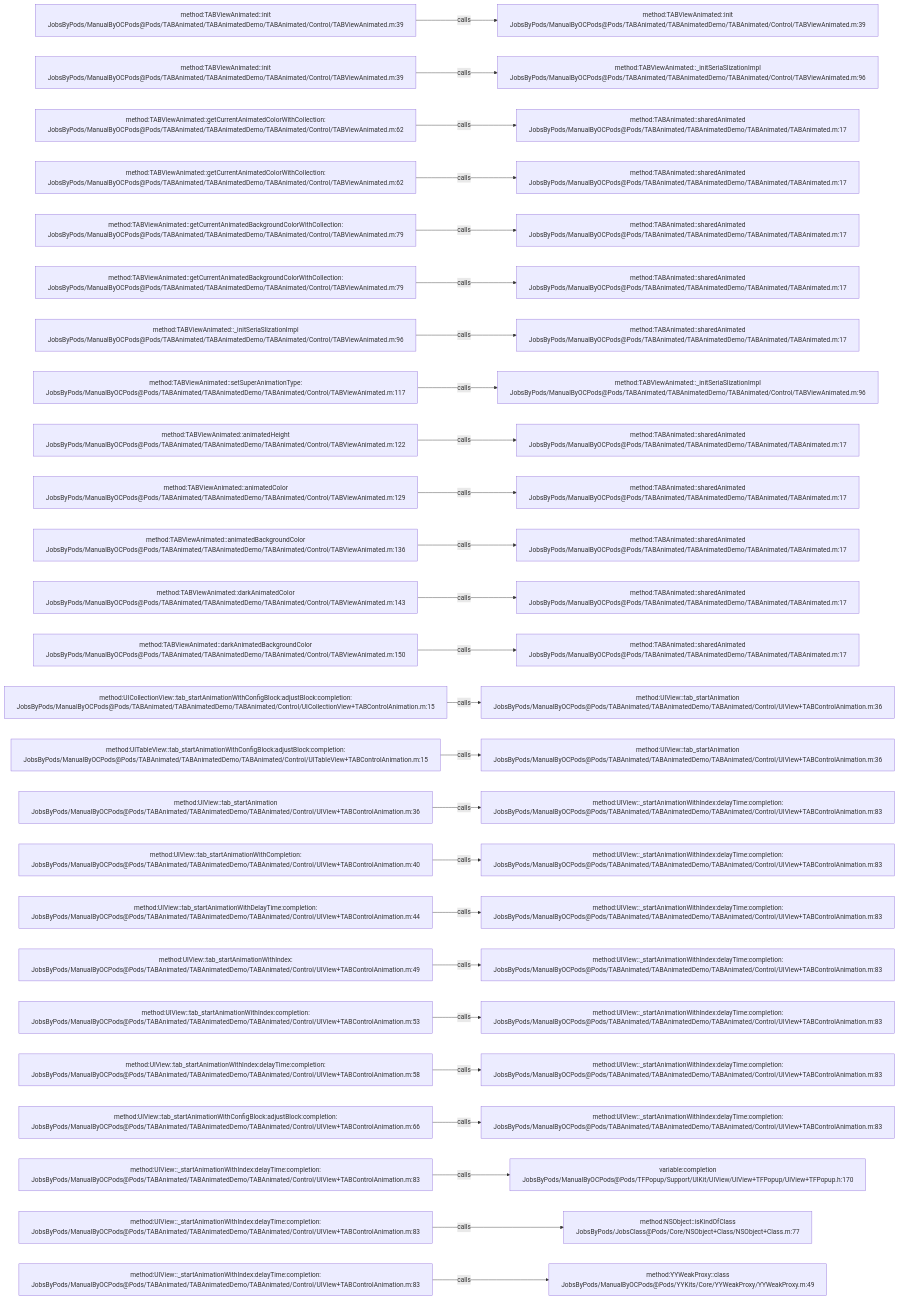
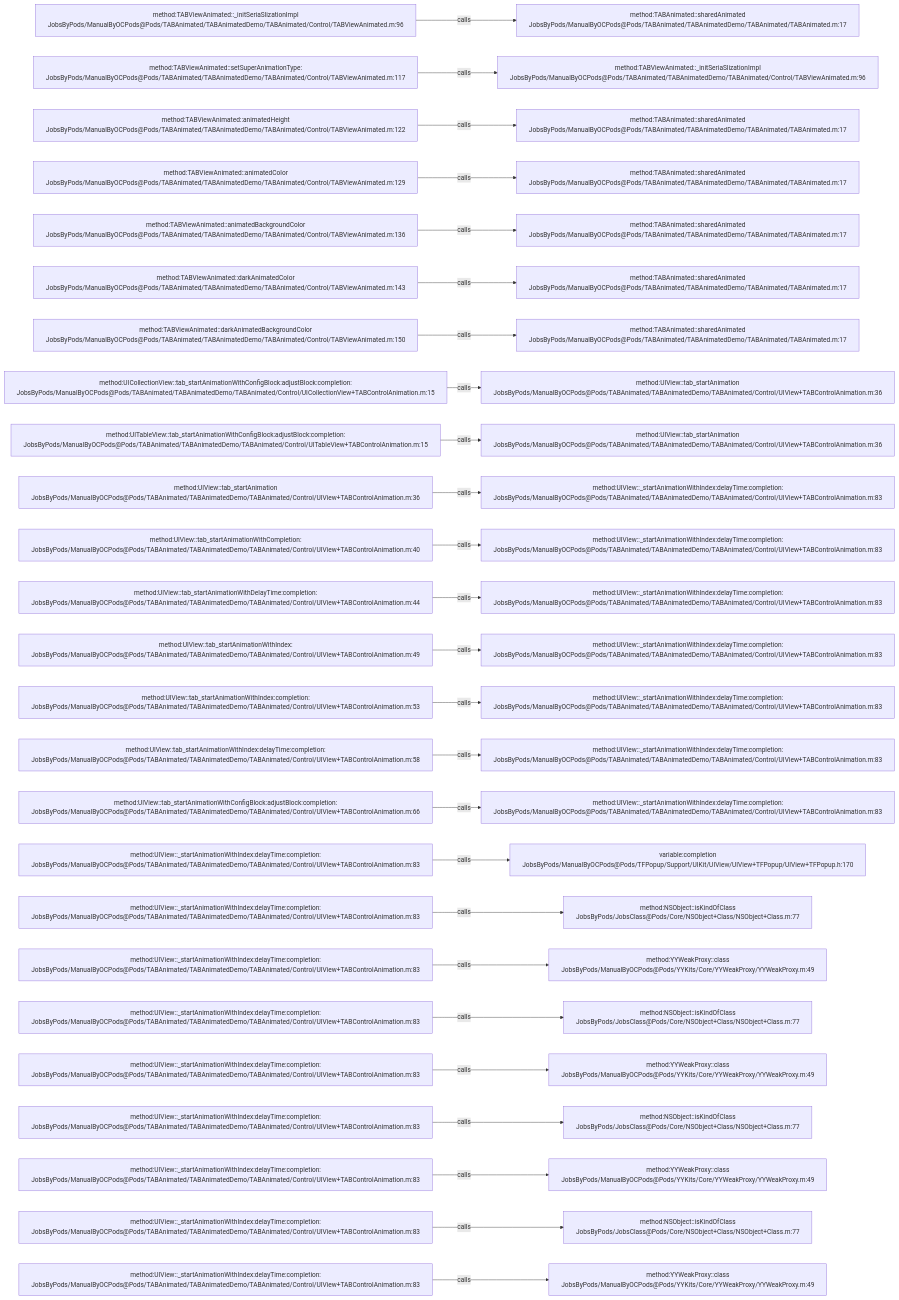
The diagram in .codegraph/codegraph.md/graphs/calls-018.md (JobsKits/JobsOCBaseConfigDemo), drawn with Mermaid before and after one commit. The commit also changed 666 other files, not shown here.

````diff
--- a/.codegraph/codegraph.md/graphs/calls-018.md
+++ b/.codegraph/codegraph.md/graphs/calls-018.md
@@ -13,78 +13,78 @@
 ```mermaid
 flowchart LR
-  S1["method:TABViewAnimated::init<br/>JobsByPods/ManualByOCPods@Pods/TABAnimated/TABAnimatedDemo/TABAnimated/Control/TABViewAnimated.m:39"]
-  T1["method:TABViewAnimated::init<br/>JobsByPods/ManualByOCPods@Pods/TABAnimated/TABAnimatedDemo/TABAnimated/Control/TABViewAnimated.m:39"]
+  S1["method:TABViewAnimated::_initSeriaSlizationImpl<br/>JobsByPods/ManualByOCPods@Pods/TABAnimated/TABAnimatedDemo/TABAnimated/Control/TABViewAnimated.m:96"]
+  T1["method:TABAnimated::sharedAnimated<br/>JobsByPods/ManualByOCPods@Pods/TABAnimated/TABAnimatedDemo/TABAnimated/TABAnimated.m:17"]
   S1 -->|calls| T1
-  S2["method:TABViewAnimated::init<br/>JobsByPods/ManualByOCPods@Pods/TABAnimated/TABAnimatedDemo/TABAnimated/Control/TABViewAnimated.m:39"]
+  S2["method:TABViewAnimated::setSuperAnimationType:<br/>JobsByPods/ManualByOCPods@Pods/TABAnimated/TABAnimatedDemo/TABAnimated/Control/TABViewAnimated.m:117"]
   T2["method:TABViewAnimated::_initSeriaSlizationImpl<br/>JobsByPods/ManualByOCPods@Pods/TABAnimated/TABAnimatedDemo/TABAnimated/Control/TABViewAnimated.m:96"]
   S2 -->|calls| T2
-  S3["method:TABViewAnimated::getCurrentAnimatedColorWithCollection:<br/>JobsByPods/ManualByOCPods@Pods/TABAnimated/TABAnimatedDemo/TABAnimated/Control/TABViewAnimated.m:62"]
+  S3["method:TABViewAnimated::animatedHeight<br/>JobsByPods/ManualByOCPods@Pods/TABAnimated/TABAnimatedDemo/TABAnimated/Control/TABViewAnimated.m:122"]
   T3["method:TABAnimated::sharedAnimated<br/>JobsByPods/ManualByOCPods@Pods/TABAnimated/TABAnimatedDemo/TABAnimated/TABAnimated.m:17"]
   S3 -->|calls| T3
-  S4["method:TABViewAnimated::getCurrentAnimatedColorWithCollection:<br/>JobsByPods/ManualByOCPods@Pods/TABAnimated/TABAnimatedDemo/TABAnimated/Control/TABViewAnimated.m:62"]
+  S4["method:TABViewAnimated::animatedColor<br/>JobsByPods/ManualByOCPods@Pods/TABAnimated/TABAnimatedDemo/TABAnimated/Control/TABViewAnimated.m:129"]
   T4["method:TABAnimated::sharedAnimated<br/>JobsByPods/ManualByOCPods@Pods/TABAnimated/TABAnimatedDemo/TABAnimated/TABAnimated.m:17"]
   S4 -->|calls| T4
-  S5["method:TABViewAnimated::getCurrentAnimatedBackgroundColorWithCollection:<br/>JobsByPods/ManualByOCPods@Pods/TABAnimated/TABAnimatedDemo/TABAnimated/Control/TABViewAnimated.m:79"]
+  S5["method:TABViewAnimated::animatedBackgroundColor<br/>JobsByPods/ManualByOCPods@Pods/TABAnimated/TABAnimatedDemo/TABAnimated/Control/TABViewAnimated.m:136"]
   T5["method:TABAnimated::sharedAnimated<br/>JobsByPods/ManualByOCPods@Pods/TABAnimated/TABAnimatedDemo/TABAnimated/TABAnimated.m:17"]
   S5 -->|calls| T5
-  S6["method:TABViewAnimated::getCurrentAnimatedBackgroundColorWithCollection:<br/>JobsByPods/ManualByOCPods@Pods/TABAnimated/TABAnimatedDemo/TABAnimated/Control/TABViewAnimated.m:79"]
+  S6["method:TABViewAnimated::darkAnimatedColor<br/>JobsByPods/ManualByOCPods@Pods/TABAnimated/TABAnimatedDemo/TABAnimated/Control/TABViewAnimated.m:143"]
   T6["method:TABAnimated::sharedAnimated<br/>JobsByPods/ManualByOCPods@Pods/TABAnimated/TABAnimatedDemo/TABAnimated/TABAnimated.m:17"]
   S6 -->|calls| T6
-  S7["method:TABViewAnimated::_initSeriaSlizationImpl<br/>JobsByPods/ManualByOCPods@Pods/TABAnimated/TABAnimatedDemo/TABAnimated/Control/TABViewAnimated.m:96"]
+  S7["method:TABViewAnimated::darkAnimatedBackgroundColor<br/>JobsByPods/ManualByOCPods@Pods/TABAnimated/TABAnimatedDemo/TABAnimated/Control/TABViewAnimated.m:150"]
   T7["method:TABAnimated::sharedAnimated<br/>JobsByPods/ManualByOCPods@Pods/TABAnimated/TABAnimatedDemo/TABAnimated/TABAnimated.m:17"]
   S7 -->|calls| T7
-  S8["method:TABViewAnimated::setSuperAnimationType:<br/>JobsByPods/ManualByOCPods@Pods/TABAnimated/TABAnimatedDemo/TABAnimated/Control/TABViewAnimated.m:117"]
-  T8["method:TABViewAnimated::_initSeriaSlizationImpl<br/>JobsByPods/ManualByOCPods@Pods/TABAnimated/TABAnimatedDemo/TABAnimated/Control/TABViewAnimated.m:96"]
+  S8["method:UICollectionView::tab_startAnimationWithConfigBlock:adjustBlock:completion:<br/>JobsByPods/ManualByOCPods@Pods/TABAnimated/TABAnimatedDemo/TABAnimated/Control/UICollectionView+TABControlAnimation.m:15"]
+  T8["method:UIView::tab_startAnimation<br/>JobsByPods/ManualByOCPods@Pods/TABAnimated/TABAnimatedDemo/TABAnimated/Control/UIView+TABControlAnimation.m:36"]
   S8 -->|calls| T8
-  S9["method:TABViewAnimated::animatedHeight<br/>JobsByPods/ManualByOCPods@Pods/TABAnimated/TABAnimatedDemo/TABAnimated/Control/TABViewAnimated.m:122"]
-  T9["method:TABAnimated::sharedAnimated<br/>JobsByPods/ManualByOCPods@Pods/TABAnimated/TABAnimatedDemo/TABAnimated/TABAnimated.m:17"]
+  S9["method:UITableView::tab_startAnimationWithConfigBlock:adjustBlock:completion:<br/>JobsByPods/ManualByOCPods@Pods/TABAnimated/TABAnimatedDemo/TABAnimated/Control/UITableView+TABControlAnimation.m:15"]
+  T9["method:UIView::tab_startAnimation<br/>JobsByPods/ManualByOCPods@Pods/TABAnimated/TABAnimatedDemo/TABAnimated/Control/UIView+TABControlAnimation.m:36"]
   S9 -->|calls| T9
-  S10["method:TABViewAnimated::animatedColor<br/>JobsByPods/ManualByOCPods@Pods/TABAnimated/TABAnimatedDemo/TABAnimated/Control/TABViewAnimated.m:129"]
-  T10["method:TABAnimated::sharedAnimated<br/>JobsByPods/ManualByOCPods@Pods/TABAnimated/TABAnimatedDemo/TABAnimated/TABAnimated.m:17"]
+  S10["method:UIView::tab_startAnimation<br/>JobsByPods/ManualByOCPods@Pods/TABAnimated/TABAnimatedDemo/TABAnimated/Control/UIView+TABControlAnimation.m:36"]
+  T10["method:UIView::_startAnimationWithIndex:delayTime:completion:<br/>JobsByPods/ManualByOCPods@Pods/TABAnimated/TABAnimatedDemo/TABAnimated/Control/UIView+TABControlAnimation.m:83"]
   S10 -->|calls| T10
-  S11["method:TABViewAnimated::animatedBackgroundColor<br/>JobsByPods/ManualByOCPods@Pods/TABAnimated/TABAnimatedDemo/TABAnimated/Control/TABViewAnimated.m:136"]
-  T11["method:TABAnimated::sharedAnimated<br/>JobsByPods/ManualByOCPods@Pods/TABAnimated/TABAnimatedDemo/TABAnimated/TABAnimated.m:17"]
+  S11["method:UIView::tab_startAnimationWithCompletion:<br/>JobsByPods/ManualByOCPods@Pods/TABAnimated/TABAnimatedDemo/TABAnimated/Control/UIView+TABControlAnimation.m:40"]
+  T11["method:UIView::_startAnimationWithIndex:delayTime:completion:<br/>JobsByPods/ManualByOCPods@Pods/TABAnimated/TABAnimatedDemo/TABAnimated/Control/UIView+TABControlAnimation.m:83"]
   S11 -->|calls| T11
-  S12["method:TABViewAnimated::darkAnimatedColor<br/>JobsByPods/ManualByOCPods@Pods/TABAnimated/TABAnimatedDemo/TABAnimated/Control/TABViewAnimated.m:143"]
-  T12["method:TABAnimated::sharedAnimated<br/>JobsByPods/ManualByOCPods@Pods/TABAnimated/TABAnimatedDemo/TABAnimated/TABAnimated.m:17"]
+  S12["method:UIView::tab_startAnimationWithDelayTime:completion:<br/>JobsByPods/ManualByOCPods@Pods/TABAnimated/TABAnimatedDemo/TABAnimated/Control/UIView+TABControlAnimation.m:44"]
+  T12["method:UIView::_startAnimationWithIndex:delayTime:completion:<br/>JobsByPods/ManualByOCPods@Pods/TABAnimated/TABAnimatedDemo/TABAnimated/Control/UIView+TABControlAnimation.m:83"]
   S12 -->|calls| T12
-  S13["method:TABViewAnimated::darkAnimatedBackgroundColor<br/>JobsByPods/ManualByOCPods@Pods/TABAnimated/TABAnimatedDemo/TABAnimated/Control/TABViewAnimated.m:150"]
-  T13["method:TABAnimated::sharedAnimated<br/>JobsByPods/ManualByOCPods@Pods/TABAnimated/TABAnimatedDemo/TABAnimated/TABAnimated.m:17"]
+  S13["method:UIView::tab_startAnimationWithIndex:<br/>JobsByPods/ManualByOCPods@Pods/TABAnimated/TABAnimatedDemo/TABAnimated/Control/UIView+TABControlAnimation.m:49"]
+  T13["method:UIView::_startAnimationWithIndex:delayTime:completion:<br/>JobsByPods/ManualByOCPods@Pods/TABAnimated/TABAnimatedDemo/TABAnimated/Control/UIView+TABControlAnimation.m:83"]
   S13 -->|calls| T13
-  S14["method:UICollectionView::tab_startAnimationWithConfigBlock:adjustBlock:completion:<br/>JobsByPods/ManualByOCPods@Pods/TABAnimated/TABAnimatedDemo/TABAnimated/Control/UICollectionView+TABControlAnimation.m:15"]
-  T14["method:UIView::tab_startAnimation<br/>JobsByPods/ManualByOCPods@Pods/TABAnimated/TABAnimatedDemo/TABAnimated/Control/UIView+TABControlAnimation.m:36"]
+  S14["method:UIView::tab_startAnimationWithIndex:completion:<br/>JobsByPods/ManualByOCPods@Pods/TABAnimated/TABAnimatedDemo/TABAnimated/Control/UIView+TABControlAnimation.m:53"]
+  T14["method:UIView::_startAnimationWithIndex:delayTime:completion:<br/>JobsByPods/ManualByOCPods@Pods/TABAnimated/TABAnimatedDemo/TABAnimated/Control/UIView+TABControlAnimation.m:83"]
   S14 -->|calls| T14
-  S15["method:UITableView::tab_startAnimationWithConfigBlock:adjustBlock:completion:<br/>JobsByPods/ManualByOCPods@Pods/TABAnimated/TABAnimatedDemo/TABAnimated/Control/UITableView+TABControlAnimation.m:15"]
-  T15["method:UIView::tab_startAnimation<br/>JobsByPods/ManualByOCPods@Pods/TABAnimated/TABAnimatedDemo/TABAnimated/Control/UIView+TABControlAnimation.m:36"]
+  S15["method:UIView::tab_startAnimationWithIndex:delayTime:completion:<br/>JobsByPods/ManualByOCPods@Pods/TABAnimated/TABAnimatedDemo/TABAnimated/Control/UIView+TABControlAnimation.m:58"]
+  T15["method:UIView::_startAnimationWithIndex:delayTime:completion:<br/>JobsByPods/ManualByOCPods@Pods/TABAnimated/TABAnimatedDemo/TABAnimated/Control/UIView+TABControlAnimation.m:83"]
   S15 -->|calls| T15
-  S16["method:UIView::tab_startAnimation<br/>JobsByPods/ManualByOCPods@Pods/TABAnimated/TABAnimatedDemo/TABAnimated/Control/UIView+TABControlAnimation.m:36"]
+  S16["method:UIView::tab_startAnimationWithConfigBlock:adjustBlock:completion:<br/>JobsByPods/ManualByOCPods@Pods/TABAnimated/TABAnimatedDemo/TABAnimated/Control/UIView+TABControlAnimation.m:66"]
   T16["method:UIView::_startAnimationWithIndex:delayTime:completion:<br/>JobsByPods/ManualByOCPods@Pods/TABAnimated/TABAnimatedDemo/TABAnimated/Control/UIView+TABControlAnimation.m:83"]
   S16 -->|calls| T16
-  S17["method:UIView::tab_startAnimationWithCompletion:<br/>JobsByPods/ManualByOCPods@Pods/TABAnimated/TABAnimatedDemo/TABAnimated/Control/UIView+TABControlAnimation.m:40"]
-  T17["method:UIView::_startAnimationWithIndex:delayTime:completion:<br/>JobsByPods/ManualByOCPods@Pods/TABAnimated/TABAnimatedDemo/TABAnimated/Control/UIView+TABControlAnimation.m:83"]
+  S17["method:UIView::_startAnimationWithIndex:delayTime:completion:<br/>JobsByPods/ManualByOCPods@Pods/TABAnimated/TABAnimatedDemo/TABAnimated/Control/UIView+TABControlAnimation.m:83"]
+  T17["variable:completion<br/>JobsByPods/ManualByOCPods@Pods/TFPopup/Support/UIKit/UIView/UIView+TFPopup/UIView+TFPopup.h:170"]
   S17 -->|calls| T17
-  S18["method:UIView::tab_startAnimationWithDelayTime:completion:<br/>JobsByPods/ManualByOCPods@Pods/TABAnimated/TABAnimatedDemo/TABAnimated/Control/UIView+TABControlAnimation.m:44"]
-  T18["method:UIView::_startAnimationWithIndex:delayTime:completion:<br/>JobsByPods/ManualByOCPods@Pods/TABAnimated/TABAnimatedDemo/TABAnimated/Control/UIView+TABControlAnimation.m:83"]
+  S18["method:UIView::_startAnimationWithIndex:delayTime:completion:<br/>JobsByPods/ManualByOCPods@Pods/TABAnimated/TABAnimatedDemo/TABAnimated/Control/UIView+TABControlAnimation.m:83"]
+  T18["method:NSObject::isKindOfClass<br/>JobsByPods/JobsClass@Pods/Core/NSObject+Class/NSObject+Class.m:77"]
   S18 -->|calls| T18
-  S19["method:UIView::tab_startAnimationWithIndex:<br/>JobsByPods/ManualByOCPods@Pods/TABAnimated/TABAnimatedDemo/TABAnimated/Control/UIView+TABControlAnimation.m:49"]
-  T19["method:UIView::_startAnimationWithIndex:delayTime:completion:<br/>JobsByPods/ManualByOCPods@Pods/TABAnimated/TABAnimatedDemo/TABAnimated/Control/UIView+TABControlAnimation.m:83"]
+  S19["method:UIView::_startAnimationWithIndex:delayTime:completion:<br/>JobsByPods/ManualByOCPods@Pods/TABAnimated/TABAnimatedDemo/TABAnimated/Control/UIView+TABControlAnimation.m:83"]
+  T19["method:YYWeakProxy::class<br/>JobsByPods/ManualByOCPods@Pods/YYKits/Core/YYWeakProxy/YYWeakProxy.m:49"]
   S19 -->|calls| T19
-  S20["method:UIView::tab_startAnimationWithIndex:completion:<br/>JobsByPods/ManualByOCPods@Pods/TABAnimated/TABAnimatedDemo/TABAnimated/Control/UIView+TABControlAnimation.m:53"]
-  T20["method:UIView::_startAnimationWithIndex:delayTime:completion:<br/>JobsByPods/ManualByOCPods@Pods/TABAnimated/TABAnimatedDemo/TABAnimated/Control/UIView+TABControlAnimation.m:83"]
+  S20["method:UIView::_startAnimationWithIndex:delayTime:completion:<br/>JobsByPods/ManualByOCPods@Pods/TABAnimated/TABAnimatedDemo/TABAnimated/Control/UIView+TABControlAnimation.m:83"]
+  T20["method:NSObject::isKindOfClass<br/>JobsByPods/JobsClass@Pods/Core/NSObject+Class/NSObject+Class.m:77"]
   S20 -->|calls| T20
-  S21["method:UIView::tab_startAnimationWithIndex:delayTime:completion:<br/>JobsByPods/ManualByOCPods@Pods/TABAnimated/TABAnimatedDemo/TABAnimated/Control/UIView+TABControlAnimation.m:58"]
-  T21["method:UIView::_startAnimationWithIndex:delayTime:completion:<br/>JobsByPods/ManualByOCPods@Pods/TABAnimated/TABAnimatedDemo/TABAnimated/Control/UIView+TABControlAnimation.m:83"]
+  S21["method:UIView::_startAnimationWithIndex:delayTime:completion:<br/>JobsByPods/ManualByOCPods@Pods/TABAnimated/TABAnimatedDemo/TABAnimated/Control/UIView+TABControlAnimation.m:83"]
+  T21["method:YYWeakProxy::class<br/>JobsByPods/ManualByOCPods@Pods/YYKits/Core/YYWeakProxy/YYWeakProxy.m:49"]
   S21 -->|calls| T21
-  S22["method:UIView::tab_startAnimationWithConfigBlock:adjustBlock:completion:<br/>JobsByPods/ManualByOCPods@Pods/TABAnimated/TABAnimatedDemo/TABAnimated/Control/UIView+TABControlAnimation.m:66"]
-  T22["method:UIView::_startAnimationWithIndex:delayTime:completion:<br/>JobsByPods/ManualByOCPods@Pods/TABAnimated/TABAnimatedDemo/TABAnimated/Control/UIView+TABControlAnimation.m:83"]
+  S22["method:UIView::_startAnimationWithIndex:delayTime:completion:<br/>JobsByPods/ManualByOCPods@Pods/TABAnimated/TABAnimatedDemo/TABAnimated/Control/UIView+TABControlAnimation.m:83"]
+  T22["method:NSObject::isKindOfClass<br/>JobsByPods/JobsClass@Pods/Core/NSObject+Class/NSObject+Class.m:77"]
   S22 -->|calls| T22
   S23["method:UIView::_startAnimationWithIndex:delayTime:completion:<br/>JobsByPods/ManualByOCPods@Pods/TABAnimated/TABAnimatedDemo/TABAnimated/Control/UIView+TABControlAnimation.m:83"]
-  T23["variable:completion<br/>JobsByPods/ManualByOCPods@Pods/TFPopup/Support/UIKit/UIView/UIView+TFPopup/UIView+TFPopup.h:170"]
+  T23["method:YYWeakProxy::class<br/>JobsByPods/ManualByOCPods@Pods/YYKits/Core/YYWeakProxy/YYWeakProxy.m:49"]
   S23 -->|calls| T23
   S24["method:UIView::_startAnimationWithIndex:delayTime:completion:<br/>JobsByPods/ManualByOCPods@Pods/TABAnimated/TABAnimatedDemo/TABAnimated/Control/UIView+TABControlAnimation.m:83"]
   T24["method:NSObject::isKindOfClass<br/>JobsByPods/JobsClass@Pods/Core/NSObject+Class/NSObject+Class.m:77"]
   S24 -->|calls| T24
   S25["method:UIView::_startAnimationWithIndex:delayTime:completion:<br/>JobsByPods/ManualByOCPods@Pods/TABAnimated/TABAnimatedDemo/TABAnimated/Control/UIView+TABControlAnimation.m:83"]
   T25["method:YYWeakProxy::class<br/>JobsByPods/ManualByOCPods@Pods/YYKits/Core/YYWeakProxy/YYWeakProxy.m:49"]
   S25 -->|calls| T25
 ```
````
